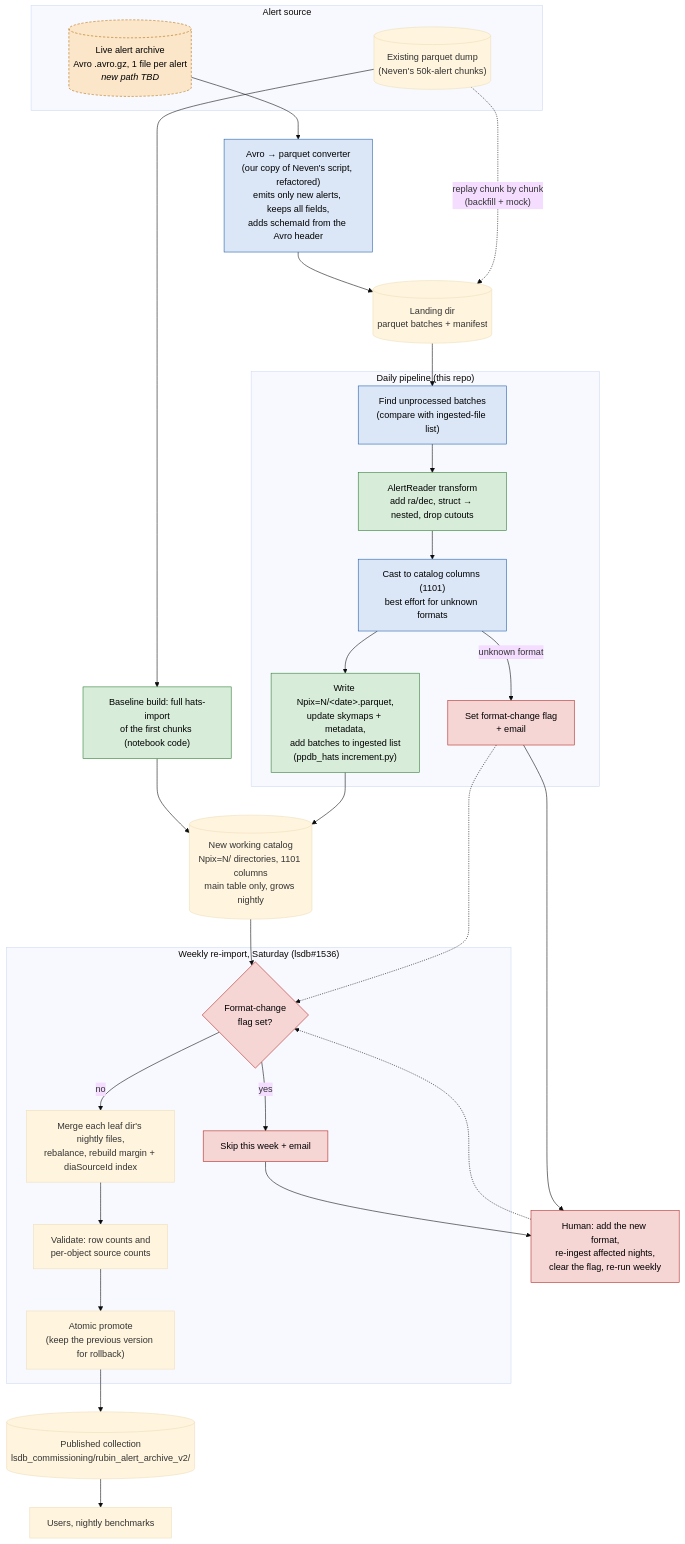
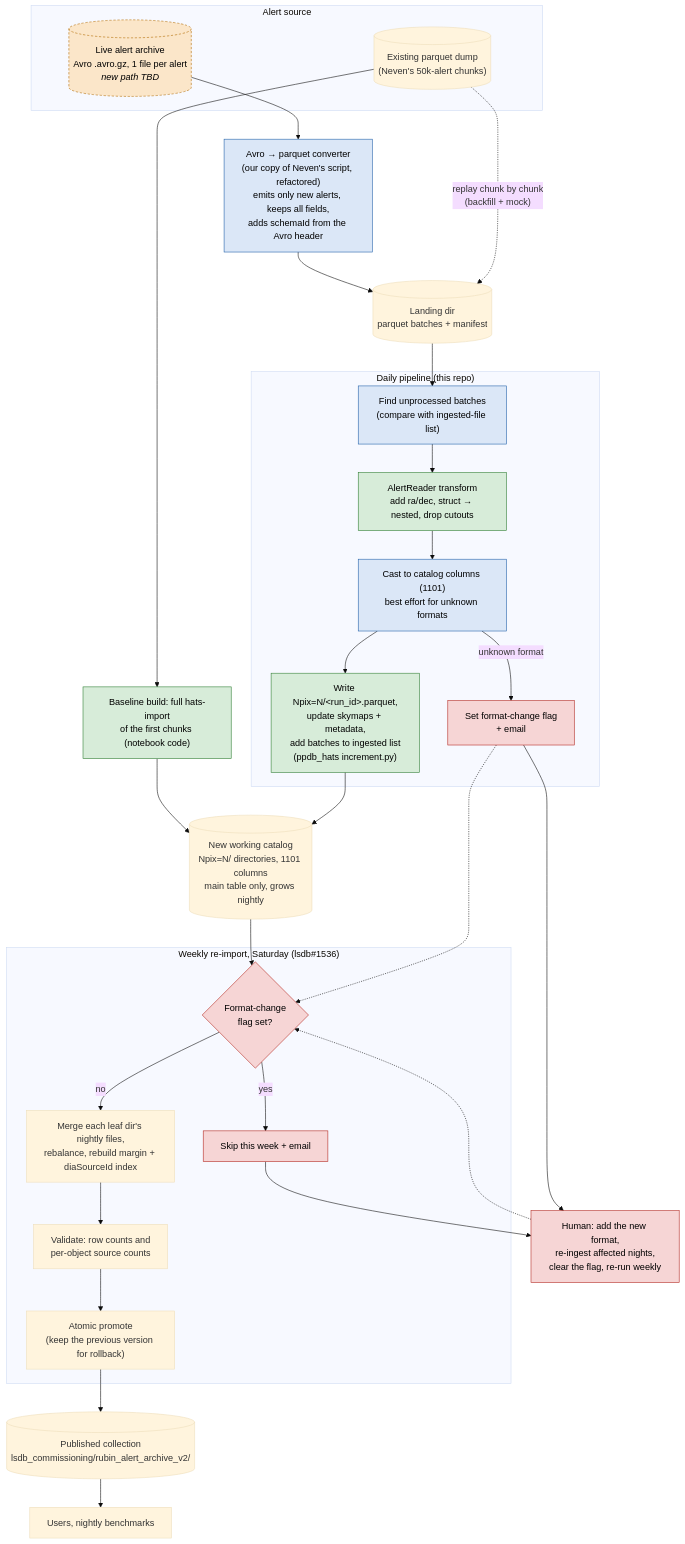
One commit to lincc-frameworks/alert-archive changed the diagram in docs/design/incremental_data_flow.md. Above: the diagram before and after it, drawn with Mermaid (base theme). The commit also changed other lines of this file and 4 other files, not shown here.

````diff
--- a/docs/design/incremental_data_flow.md
+++ b/docs/design/incremental_data_flow.md
@@ -7,66 +7,66 @@
 ```mermaid
 flowchart TD
     %% ---------- sources ----------
     subgraph SRC["Alert source"]
         LIVE[("Live alert archive<br/>Avro .avro.gz, 1 file per alert<br/><i>new path TBD</i>")]
         DUMP[("Existing parquet dump<br/>(Neven's 50k-alert chunks)")]
     end
 
     %% ---------- black box ----------
     BB["Avro → parquet converter<br/>(our copy of Neven's script, refactored)<br/>emits only new alerts, keeps all fields,<br/>adds schemaId from the Avro header"]
     LAND[("Landing dir<br/>parquet batches + manifest")]
 
     LIVE --> BB --> LAND
     DUMP -.->|"replay chunk by chunk<br/>(backfill + mock)"| LAND
 
     %% ---------- bootstrap ----------
     BASE["Baseline build: full hats-import<br/>of the first chunks (notebook code)"]
     DUMP --> BASE
     WORK[("New working catalog<br/>Npix=N/ directories, 1101 columns<br/>main table only, grows nightly")]
     BASE --> WORK
 
     %% ---------- daily ----------
     subgraph DAILY["Daily pipeline (this repo)"]
         D1["Find unprocessed batches<br/>(compare with ingested-file list)"]
         D2["AlertReader transform<br/>add ra/dec, struct → nested, drop cutouts"]
         D3["Cast to catalog columns (1101)<br/>best effort for unknown formats"]
-        D4["Write Npix=N/&lt;date&gt;.parquet,<br/>update skymaps + metadata,<br/>add batches to ingested list<br/>(ppdb_hats increment.py)"]
+        D4["Write Npix=N/&lt;run_id&gt;.parquet,<br/>update skymaps + metadata,<br/>add batches to ingested list<br/>(ppdb_hats increment.py)"]
         D1 --> D2 --> D3 --> D4
         D3 -->|"unknown format"| FLAG["Set format-change flag<br/>+ email"]
     end
 
     LAND --> D1
     D4 --> WORK
 
     %% ---------- weekly (lsdb#1536) ----------
     subgraph WEEKLY["Weekly re-import, Saturday (lsdb#1536)"]
         W0{"Format-change<br/>flag set?"}
         W1["Merge each leaf dir's nightly files,<br/>rebalance, rebuild margin + diaSourceId index"]
         W2["Validate: row counts and<br/>per-object source counts"]
         W3["Atomic promote<br/>(keep the previous version for rollback)"]
         SKIP["Skip this week + email"]
         W0 -->|no| W1 --> W2 --> W3
         W0 -->|yes| SKIP
     end
 
     WORK --> W0
     FLAG -.-> W0
     HUMAN["Human: add the new format,<br/>re-ingest affected nights,<br/>clear the flag, re-run weekly"]
     FLAG --> HUMAN
     SKIP --> HUMAN
     HUMAN -.-> W0
 
     PUB[("Published collection<br/>lsdb_commissioning/rubin_alert_archive_v2/")]
     W3 --> PUB
     PUB --> USERS["Users, nightly benchmarks"]
 
     %% ---------- styling ----------
     classDef reuse fill:#d7ecd9,stroke:#2e7d32,color:#000
     classDef new fill:#dbe7f7,stroke:#1f5fa8,color:#000
     classDef tbd fill:#fbe6c9,stroke:#b26a00,color:#000,stroke-dasharray:4 3
     classDef fmt fill:#f6d5d5,stroke:#b3261e,color:#000
     class BASE,D2,D4 reuse
     class D1,D3,BB new
     class FLAG,SKIP,HUMAN,W0 fmt
     class LIVE tbd
 ```
````
